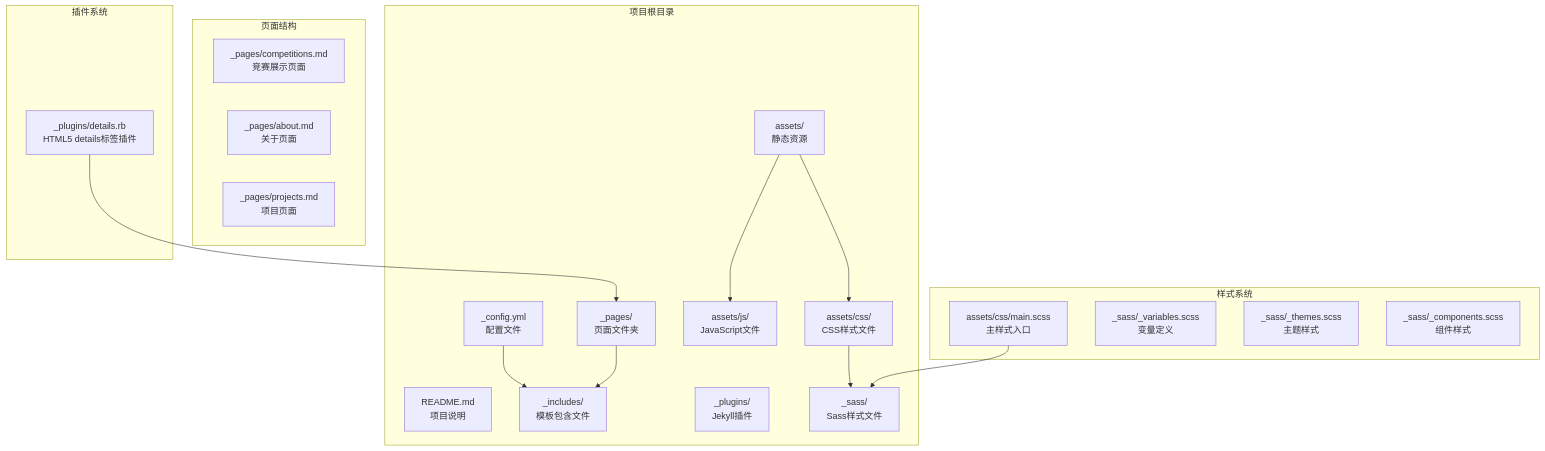
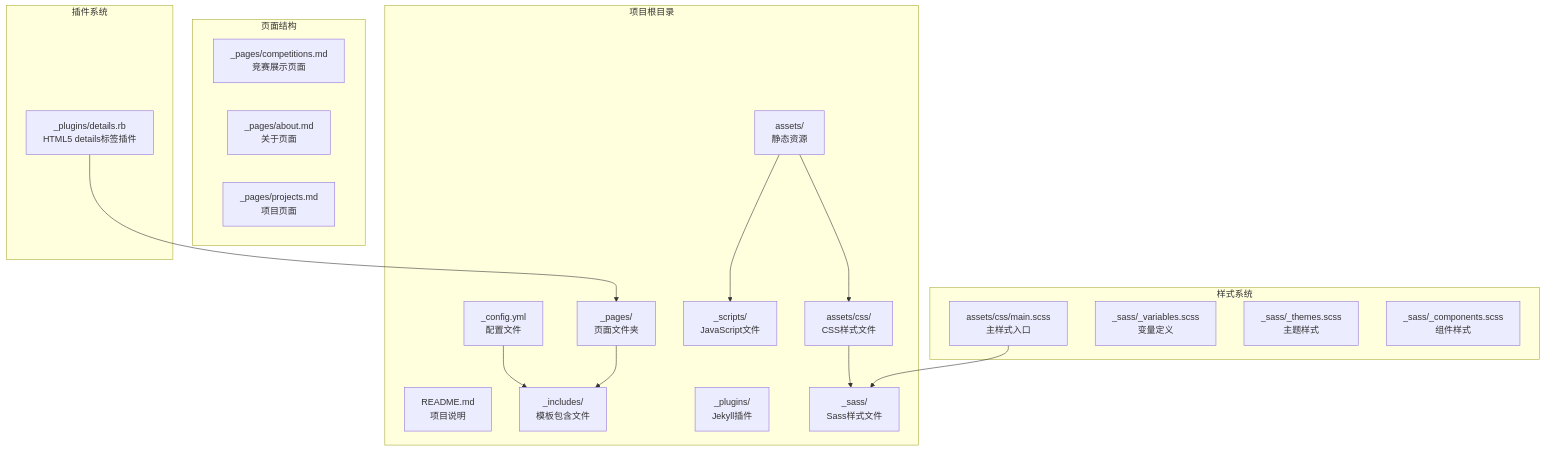
Before and after one commit to MingyuLi018/MingyuLi018.github.io: the first of 6 diagrams in .qoder/repowiki/zh/content/项目展示系统/交互式竞赛展示系统.md, drawn with Mermaid. The commit also changed other lines of this file and 13 other files, not shown here.

````diff
--- a/.qoder/repowiki/zh/content/项目展示系统/交互式竞赛展示系统.md
+++ b/.qoder/repowiki/zh/content/项目展示系统/交互式竞赛展示系统.md
@@ -63,35 +65,35 @@
 ```mermaid
 graph TB
 subgraph "项目根目录"
 Config[_config.yml<br/>配置文件]
 Readme[README.md<br/>项目说明]
 Pages[_pages/<br/>页面文件夹]
 Includes[_includes/<br/>模板包含文件]
 Assets[assets/<br/>静态资源]
 Plugins[_plugins/<br/>Jekyll插件]
-Scripts[assets/js/<br/>JavaScript文件]
+Scripts[_scripts/<br/>JavaScript文件]
 Css[assets/css/<br/>CSS样式文件]
 Sass[_sass/<br/>Sass样式文件]
 end
 subgraph "页面结构"
 Competitions[_pages/competitions.md<br/>竞赛展示页面]
 About[_pages/about.md<br/>关于页面]
 Projects[_pages/projects.md<br/>项目页面]
 end
 subgraph "样式系统"
 MainSCSS[assets/css/main.scss<br/>主样式入口]
 Variables[_sass/_variables.scss<br/>变量定义]
 Themes[_sass/_themes.scss<br/>主题样式]
 Components[_sass/_components.scss<br/>组件样式]
 end
 subgraph "插件系统"
 DetailsPlugin[_plugins/details.rb<br/>HTML5 details标签插件]
 end
 Config --> Includes
 Pages --> Includes
 Assets --> Scripts
 Assets --> Css
 Css --> Sass
 MainSCSS --> Sass
 DetailsPlugin --> Pages
 ```
````
